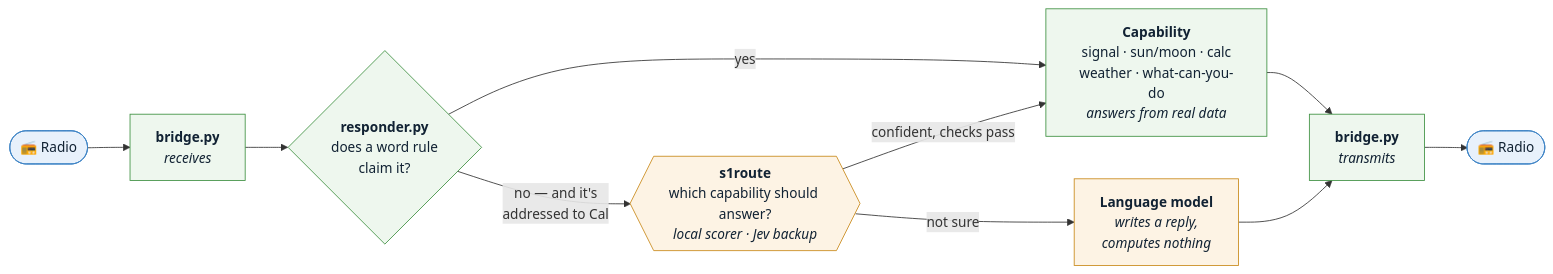
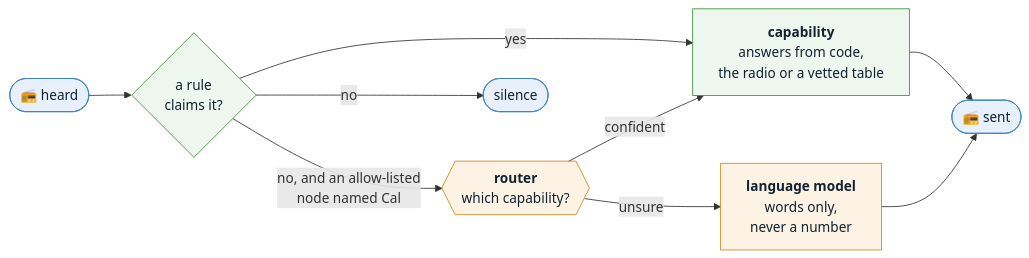
One commit to deanssamclaw/cal-mesh changed the first of 2 diagrams in README.md. Above: the diagram before and after it, drawn with Mermaid. The commit also changed other lines of this file and 1 other file, not shown here.

First line of the commit message:
README: rewritten shorter, with a new screenshot and two diagrams

````diff
--- a/README.md
+++ b/README.md
@@ -45,19 +16,18 @@
 ```mermaid
 flowchart LR
-    rin(["📻 Radio"]) --> bin["<b>bridge.py</b><br/><i>receives</i>"]
-    bin --> resp{"<b>responder.py</b><br/>does a word rule<br/>claim it?"}
-    resp -- "yes" --> cap["<b>Capability</b><br/>signal · sun/moon · calc<br/>weather · what-can-you-do<br/><i>answers from real data</i>"]
-    resp -- "no — and it's<br/>addressed to Cal" --> s1{{"<b>s1route</b><br/>which capability should answer?<br/><i>local scorer · Jev backup</i>"}}
-    s1 -- "confident, checks pass" --> cap
-    s1 -- "not sure" --> llm["<b>Language model</b><br/><i>writes a reply,<br/>computes nothing</i>"]
-    cap --> bout["<b>bridge.py</b><br/><i>transmits</i>"]
-    llm --> bout
-    bout --> rout(["📻 Radio"])
+    rx(["📻 heard"]) --> rule{"a rule<br/>claims it?"}
+    rule -- yes --> cap["<b>capability</b><br/>answers from code,<br/>the radio or a vetted table"]
+    rule -- "no, and an allow-listed<br/>node named Cal" --> route{{"<b>router</b><br/>which capability?"}}
+    route -- confident --> cap
+    route -- unsure --> llm["<b>language model</b><br/>words only,<br/>never a number"]
+    rule -- "no" --> quiet(["silence"])
+    cap --> tx(["📻 sent"])
+    llm --> tx
 
     classDef radio fill:#e8f1fb,stroke:#3b82c4,color:#123;
     classDef code fill:#eef7ee,stroke:#3f9142,color:#123;
     classDef model fill:#fdf3e4,stroke:#c98a1b,color:#123;
-    class rin,rout radio;
-    class bin,bout,resp,cap code;
-    class s1,llm model;
+    class rx,tx,quiet radio;
+    class rule,cap code;
+    class route,llm model;
 ```
````
